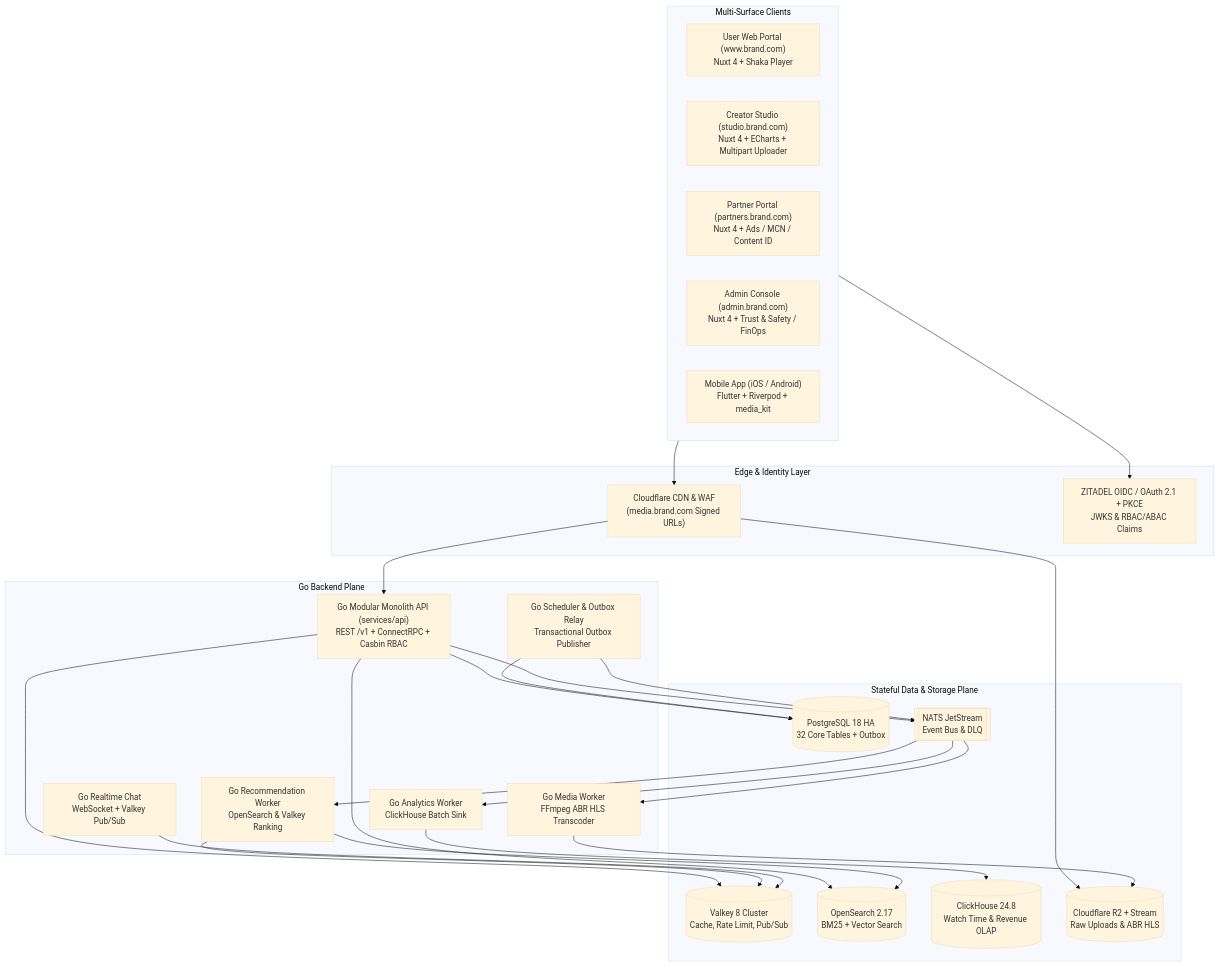
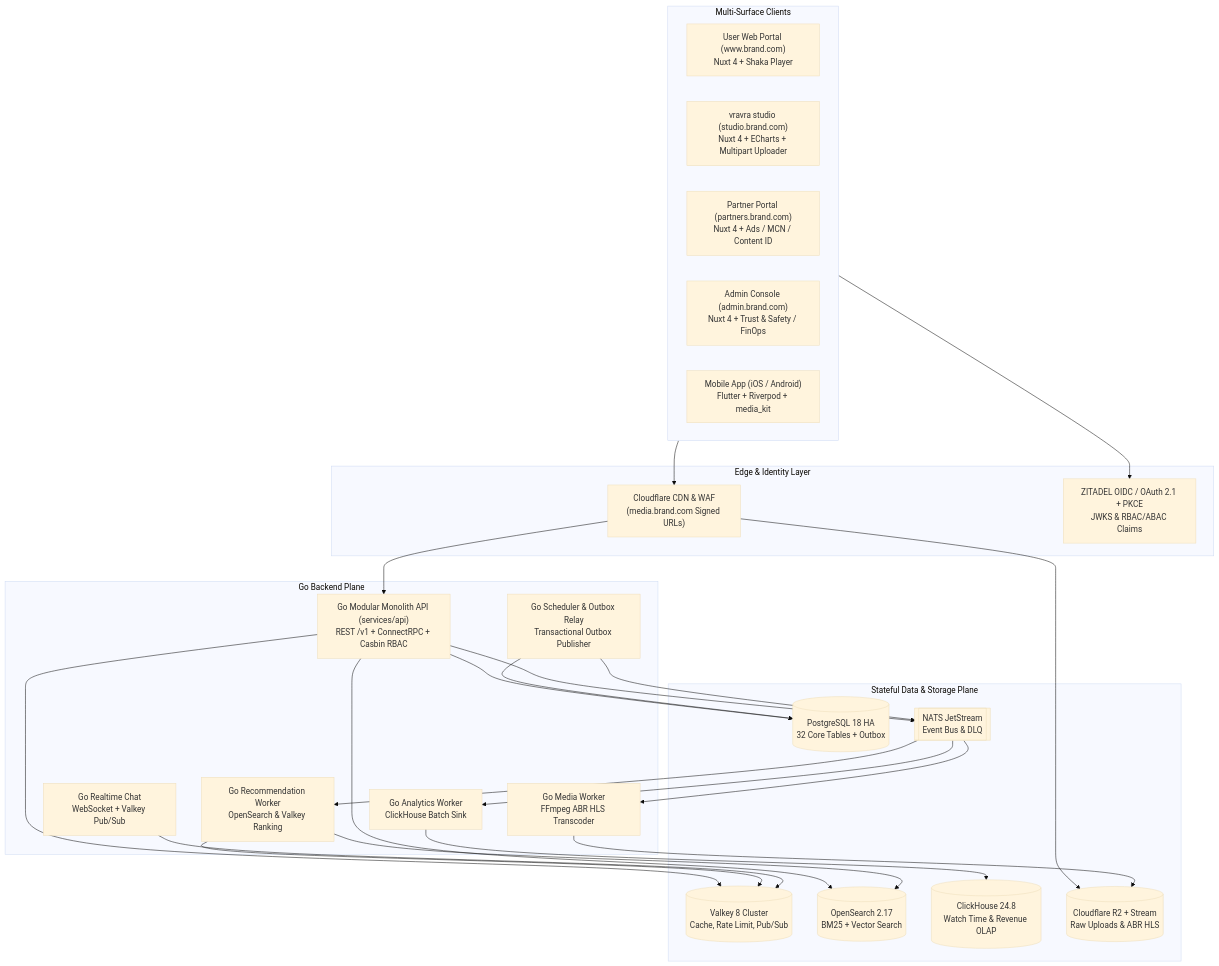
The first of 2 diagrams in docs/architecture/SYSTEM_ARCHITECTURE.md (dnjstjqppk-dev/video), drawn with Mermaid (base theme) before and after one commit. The commit also changed other lines of this file and 16 other files, not shown here.

Commit message:
docs: update platform branding to vravra and vravra studio across all markdown files

````diff
--- a/docs/architecture/SYSTEM_ARCHITECTURE.md
+++ b/docs/architecture/SYSTEM_ARCHITECTURE.md
@@ -24,52 +24,52 @@
 ```mermaid
 flowchart TD
   subgraph Clients["Multi-Surface Clients"]
     Web["User Web Portal (www.brand.com)<br/>Nuxt 4 + Shaka Player"]
-    Studio["Creator Studio (studio.brand.com)<br/>Nuxt 4 + ECharts + Multipart Uploader"]
+    Studio["vravra studio (studio.brand.com)<br/>Nuxt 4 + ECharts + Multipart Uploader"]
     Partners["Partner Portal (partners.brand.com)<br/>Nuxt 4 + Ads / MCN / Content ID"]
     Admin["Admin Console (admin.brand.com)<br/>Nuxt 4 + Trust & Safety / FinOps"]
     Mobile["Mobile App (iOS / Android)<br/>Flutter + Riverpod + media_kit"]
   end
 
   subgraph Edge["Edge & Identity Layer"]
     CF["Cloudflare CDN & WAF<br/>(media.brand.com Signed URLs)"]
     Zitadel["ZITADEL OIDC / OAuth 2.1 + PKCE<br/>JWKS & RBAC/ABAC Claims"]
   end
 
   subgraph Backend["Go Backend Plane"]
     API["Go Modular Monolith API (services/api)<br/>REST /v1 + ConnectRPC + Casbin RBAC"]
     MediaW["Go Media Worker<br/>FFmpeg ABR HLS Transcoder"]
     ChatW["Go Realtime Chat<br/>WebSocket + Valkey Pub/Sub"]
     AnalyticsW["Go Analytics Worker<br/>ClickHouse Batch Sink"]
     RecW["Go Recommendation Worker<br/>OpenSearch & Valkey Ranking"]
     Sched["Go Scheduler & Outbox Relay<br/>Transactional Outbox Publisher"]
   end
 
   subgraph Data["Stateful Data & Storage Plane"]
     PG[("PostgreSQL 18 HA<br/>32 Core Tables + Outbox")]
     VK[("Valkey 8 Cluster<br/>Cache, Rate Limit, Pub/Sub")]
     NATS[["NATS JetStream<br/>Event Bus & DLQ"]]
     OS[("OpenSearch 2.17<br/>BM25 + Vector Search")]
     CH[("ClickHouse 24.8<br/>Watch Time & Revenue OLAP")]
     R2[("Cloudflare R2 + Stream<br/>Raw Uploads & ABR HLS")]
   end
 
   Clients --> CF
   Clients --> Zitadel
   CF --> API
   CF --> R2
   API --> PG
   API --> VK
   API --> NATS
   API --> OS
   Sched --> PG
   Sched --> NATS
   NATS --> MediaW
   NATS --> AnalyticsW
   NATS --> RecW
   MediaW --> R2
   AnalyticsW --> CH
   RecW --> OS
   RecW --> VK
   ChatW --> VK
 ```
````
